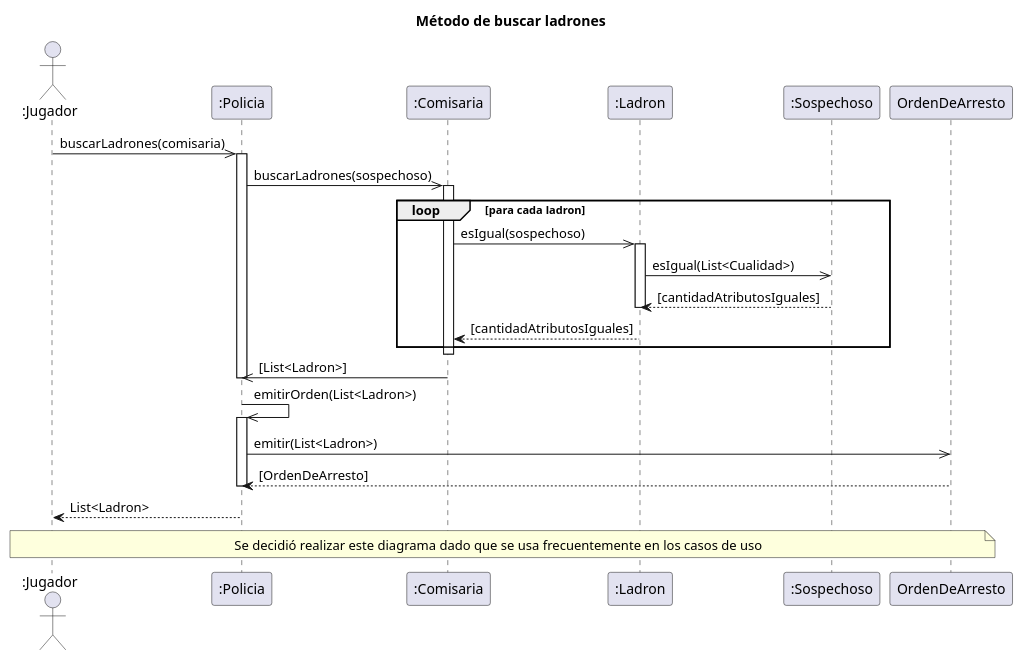
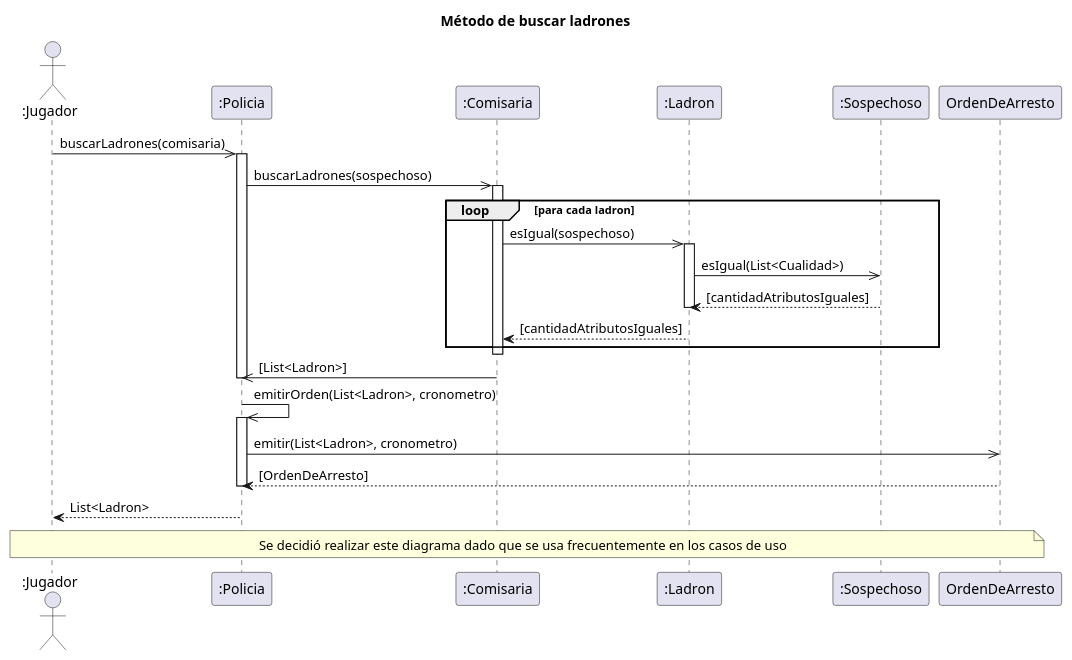
One commit to kmu01/Algo3_tp2 changed the diagram in diagrams/sequences/entrega2/DS_BuscarLadrones.puml. Above: the diagram before and after it, drawn with PlantUML. The commit also changed 11 other files, not shown here.

```diff
--- a/diagrams/sequences/entrega2/DS_BuscarLadrones.puml
+++ b/diagrams/sequences/entrega2/DS_BuscarLadrones.puml
@@ -1,32 +1,32 @@
 @startuml
 title Método de buscar ladrones
 actor ":Jugador" as AlgoThief
 
 participant ":Policia" as Policia
 participant ":Comisaria" as Comisaria
 participant ":Ladron" as Ladron
 participant ":Sospechoso" as Sospechoso
 participant "OrdenDeArresto" as Orden
 AlgoThief ->> Policia : buscarLadrones(comisaria)
 activate Policia
     Policia ->> Comisaria : buscarLadrones(sospechoso)
     activate Comisaria
         loop para cada ladron
             Comisaria ->> Ladron : esIgual(sospechoso)
             activate Ladron
                 Ladron ->> Sospechoso : esIgual(List<Cualidad>)
                 Sospechoso --> Ladron : [cantidadAtributosIguales]
             deactivate Ladron
             Ladron --> Comisaria : [cantidadAtributosIguales]
         end
     deactivate Comisaria
     Comisaria ->> Policia : [List<Ladron>]
 deactivate Policia
-    Policia ->> Policia : emitirOrden(List<Ladron>)
+    Policia ->> Policia : emitirOrden(List<Ladron>, cronometro)
 activate Policia
-    Policia ->> Orden : emitir(List<Ladron>)
+    Policia ->> Orden : emitir(List<Ladron>, cronometro)
     Orden --> Policia : [OrdenDeArresto]
 deactivate Policia
 Policia --> AlgoThief : List<Ladron>
 note across: Se decidió realizar este diagrama dado que se usa frecuentemente en los casos de uso
 @enduml
```
